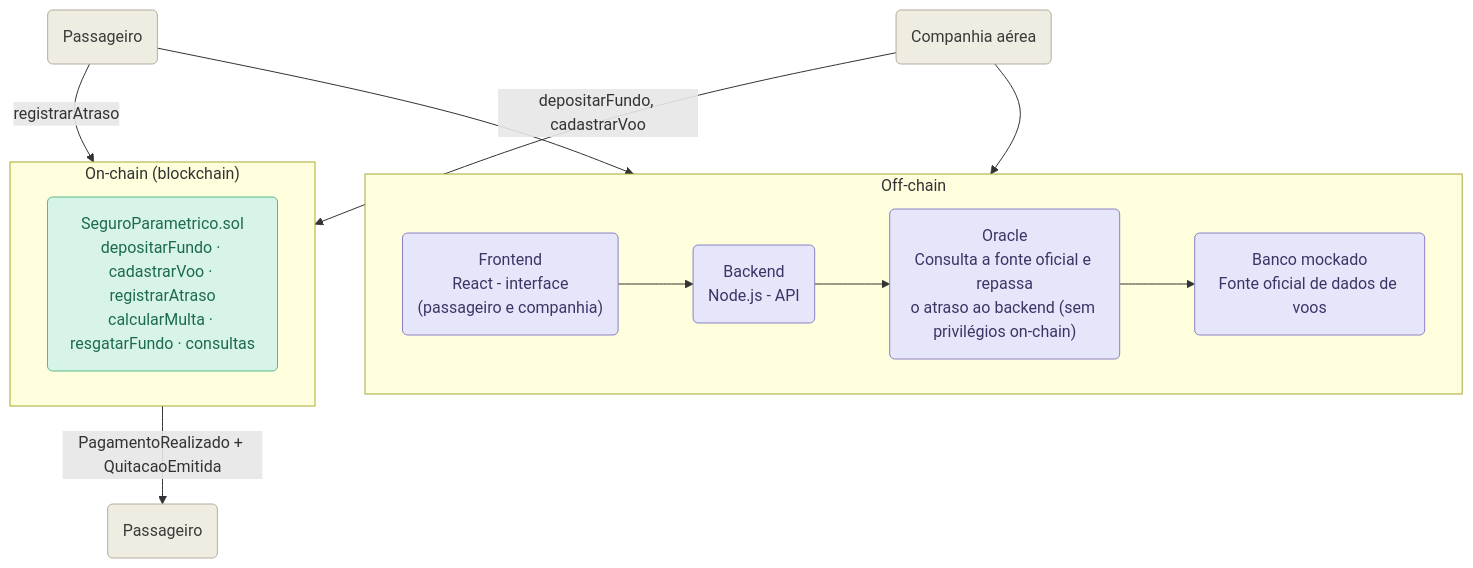
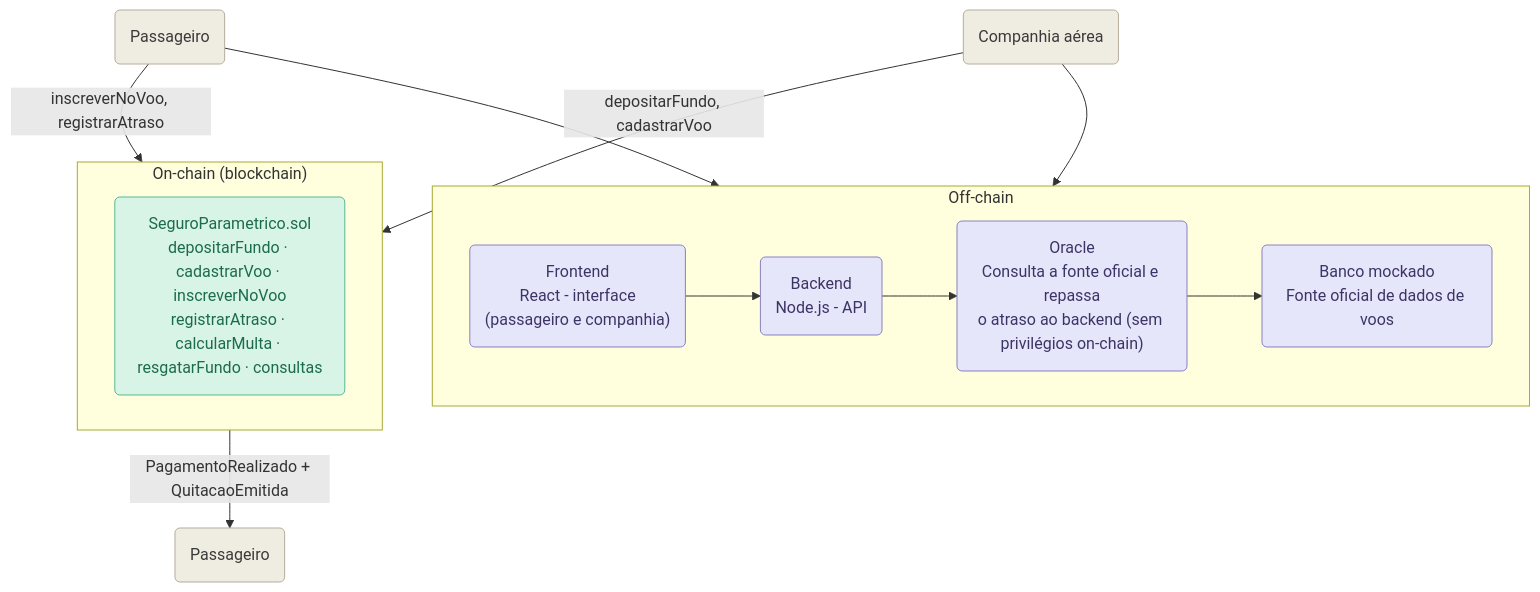
Before and after one commit to Joaogomesbrandao/AcordoInstant: the diagram in docs/diagrama-arquitetura-base.md, drawn with Mermaid. The commit also changed other lines of this file and 36 other files, not shown here.

````diff
--- a/docs/diagrama-arquitetura-base.md
+++ b/docs/diagrama-arquitetura-base.md
@@ -11,36 +11,36 @@
 ```mermaid
 flowchart TB
     Passageiro1("Passageiro")
     Companhia("Companhia aérea")
     Passageiro2("Passageiro")
 
     subgraph OFF["Off-chain"]
         direction LR
         Frontend("Frontend<br/>React - interface<br/>(passageiro e companhia)")
         Backend("Backend<br/>Node.js - API")
         Oracle("Oracle<br/>Consulta a fonte oficial e repassa<br/>o atraso ao backend (sem privilégios on-chain)")
         Banco("Banco mockado<br/>Fonte oficial de dados de voos")
         Frontend --> Backend
         Backend --> Oracle
         Oracle --> Banco
     end
 
     subgraph ON["On-chain (blockchain)"]
         direction LR
-        Seguro("SeguroParametrico.sol<br/>depositarFundo · cadastrarVoo · registrarAtraso<br/>calcularMulta · resgatarFundo · consultas")
+        Seguro("SeguroParametrico.sol<br/>depositarFundo · cadastrarVoo · inscreverNoVoo<br/>registrarAtraso · calcularMulta · resgatarFundo · consultas")
     end
 
     Passageiro1 --> Frontend
     Companhia --> Frontend
     Companhia -->|depositarFundo, cadastrarVoo| Seguro
-    Passageiro1 -->|registrarAtraso| Seguro
+    Passageiro1 -->|inscreverNoVoo, registrarAtraso| Seguro
     Seguro -->|PagamentoRealizado + QuitacaoEmitida| Passageiro2
 
     classDef offchain fill:#e6e6fa,stroke:#8a7fc4,color:#3d3466;
     classDef onchain fill:#d7f4e6,stroke:#57b892,color:#1c6b4d;
     classDef atores fill:#efece2,stroke:#b5ad9d,color:#3a3a3a;
 
     class Frontend,Backend,Oracle,Banco offchain;
     class Seguro onchain;
     class Passageiro1,Passageiro2,Companhia atores;
 ```
````
